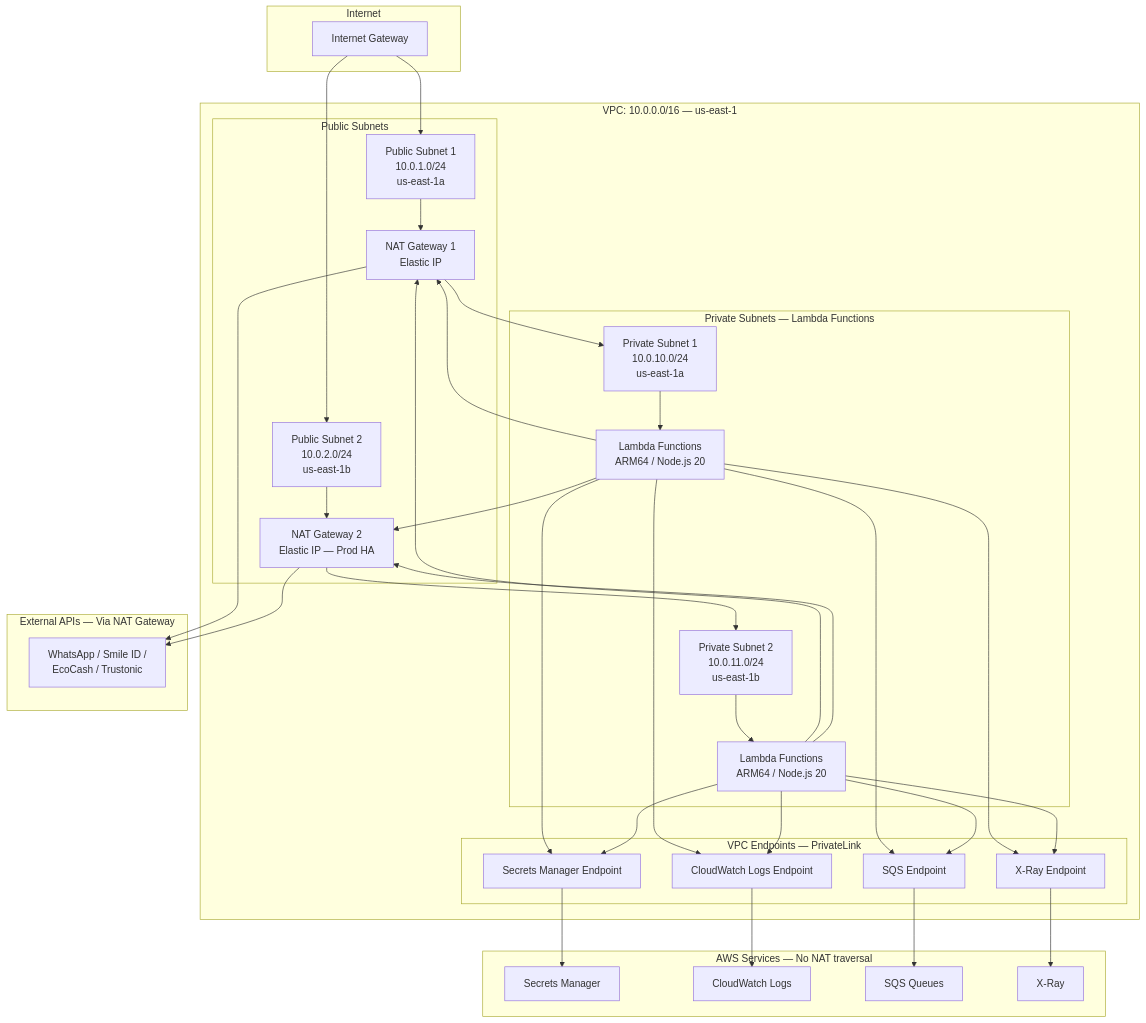
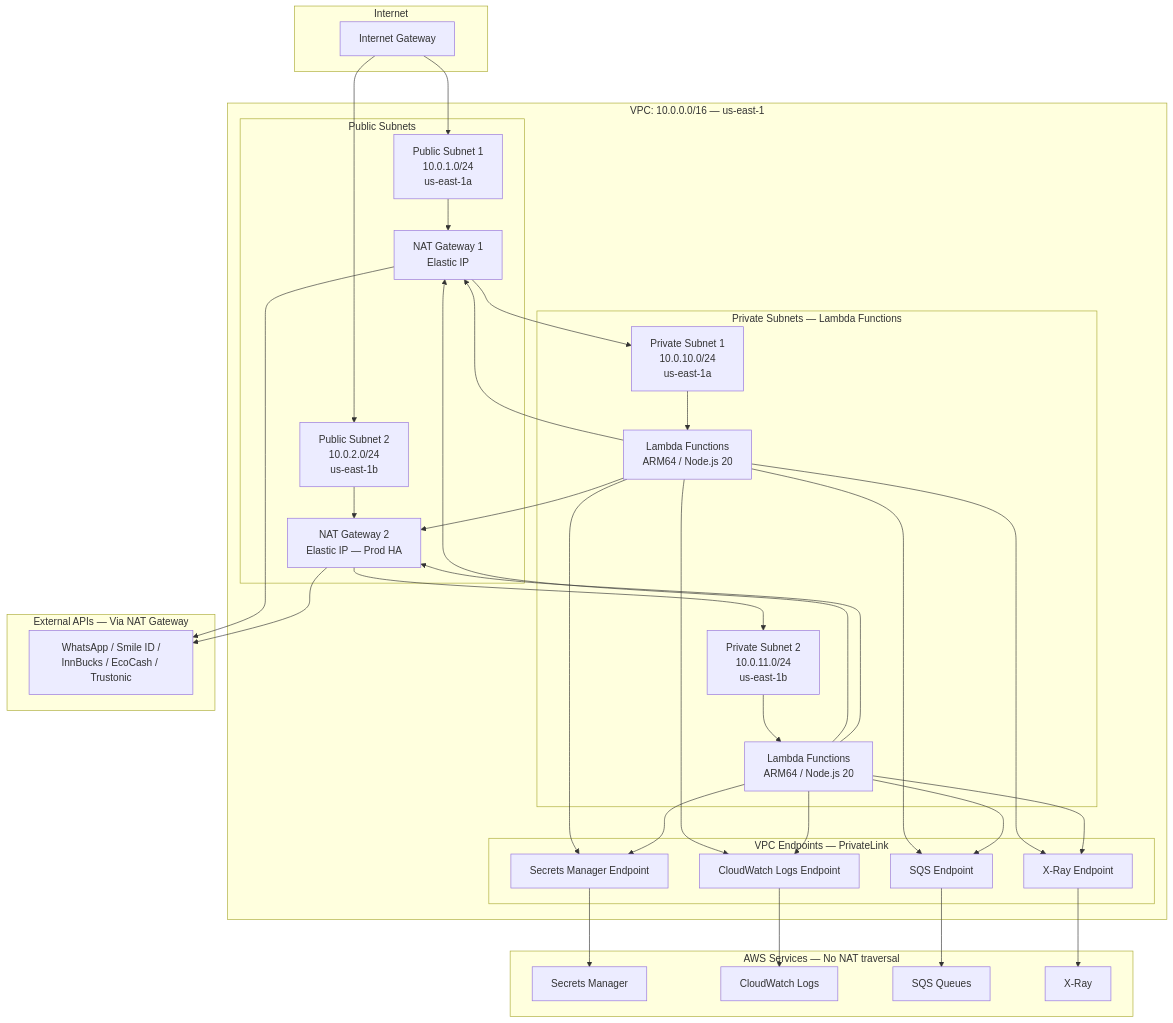
Before and after one commit to 1terr/Lynia-finance: the second of 5 diagrams in docs/architecture/AWS-ARCHITECTURE.md, drawn with Mermaid. The commit also changed other lines of this file and 3 other files, not shown here.

````diff
--- a/docs/architecture/AWS-ARCHITECTURE.md
+++ b/docs/architecture/AWS-ARCHITECTURE.md
@@ -100,56 +115,56 @@
 ```mermaid
 graph TB
     subgraph Internet
         IGW[Internet Gateway]
     end
 
     subgraph VPC["VPC: 10.0.0.0/16 — us-east-1"]
 
         subgraph PublicSubnets["Public Subnets"]
             PS1["Public Subnet 1<br/>10.0.1.0/24<br/>us-east-1a"]
             PS2["Public Subnet 2<br/>10.0.2.0/24<br/>us-east-1b"]
             NAT1[NAT Gateway 1<br/>Elastic IP]
             NAT2[NAT Gateway 2<br/>Elastic IP — Prod HA]
         end
 
         subgraph PrivateSubnets["Private Subnets — Lambda Functions"]
             PrS1["Private Subnet 1<br/>10.0.10.0/24<br/>us-east-1a"]
             PrS2["Private Subnet 2<br/>10.0.11.0/24<br/>us-east-1b"]
             Lambda1[Lambda Functions<br/>ARM64 / Node.js 20]
             Lambda2[Lambda Functions<br/>ARM64 / Node.js 20]
         end
 
         subgraph VPCEndpoints["VPC Endpoints — PrivateLink"]
             VPESM[Secrets Manager Endpoint]
             VPECW[CloudWatch Logs Endpoint]
             VPESQS[SQS Endpoint]
             VPEXR[X-Ray Endpoint]
         end
     end
 
     subgraph AWSServices["AWS Services — No NAT traversal"]
         SecretsM[Secrets Manager]
         CloudWatch[CloudWatch Logs]
         SQSSvc[SQS Queues]
         XRaySvc[X-Ray]
     end
 
     subgraph ExternalAPIs["External APIs — Via NAT Gateway"]
-        ExtAPIs[WhatsApp / Smile ID /<br/>EcoCash / Trustonic]
+        ExtAPIs[WhatsApp / Smile ID /<br/>InnBucks / EcoCash / Trustonic]
     end
 
     IGW --> PS1 & PS2
     PS1 --> NAT1
     PS2 --> NAT2
     NAT1 --> PrS1
     NAT2 --> PrS2
     PrS1 --> Lambda1
     PrS2 --> Lambda2
 
     Lambda1 & Lambda2 --> VPESM --> SecretsM
     Lambda1 & Lambda2 --> VPECW --> CloudWatch
     Lambda1 & Lambda2 --> VPESQS --> SQSSvc
     Lambda1 & Lambda2 --> VPEXR --> XRaySvc
 
     Lambda1 & Lambda2 --> NAT1 & NAT2 --> ExtAPIs
 ```
````
